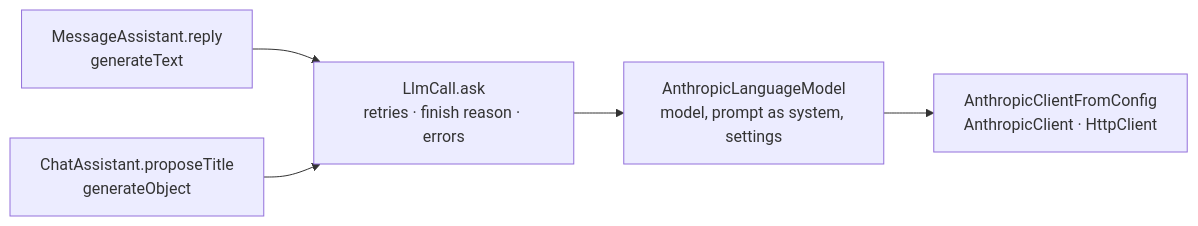
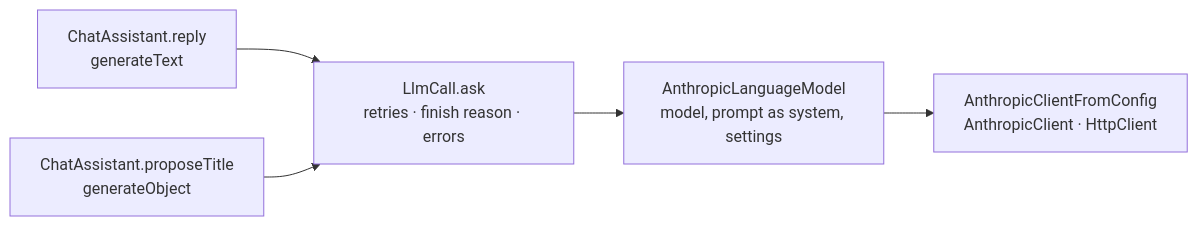
The diagram in docs/knowledge/ai.md (khotei/app-template), drawn with Mermaid before and after one commit. The commit also changed other lines of this file and 30 other files, not shown here.

````diff
--- a/docs/knowledge/ai.md
+++ b/docs/knowledge/ai.md
@@ -22,7 +23,7 @@
 ```mermaid
 graph LR
-  M["MessageAssistant.reply<br/>generateText"] --> R["LlmCall.ask<br/>retries · finish reason · errors"]
+  M["ChatAssistant.reply<br/>generateText"] --> R["LlmCall.ask<br/>retries · finish reason · errors"]
   T["ChatAssistant.proposeTitle<br/>generateObject"] --> R
   R --> A["AnthropicLanguageModel<br/>model, prompt as system, settings"]
   A --> K["AnthropicClientFromConfig<br/>AnthropicClient · HttpClient"]
 ```
````
